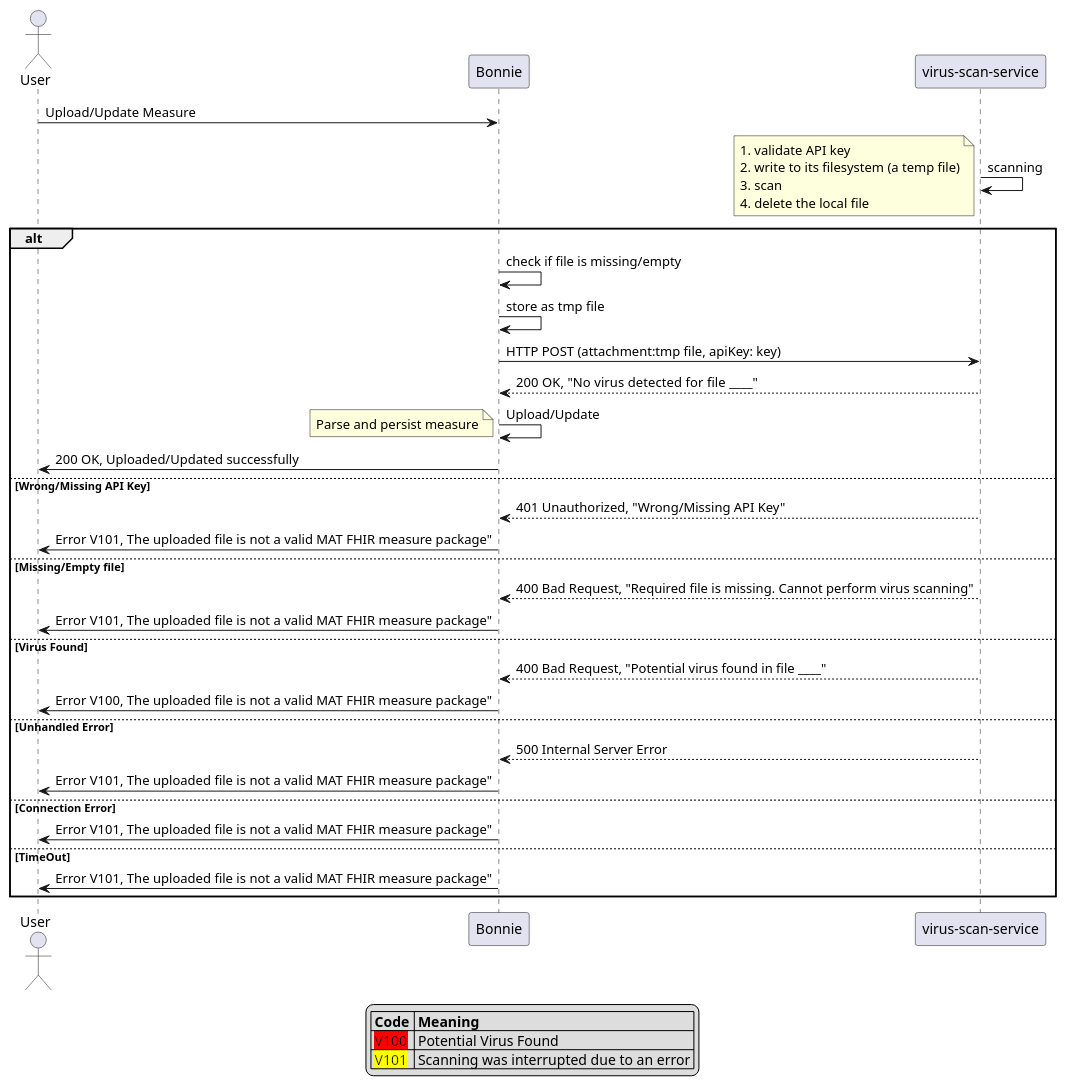
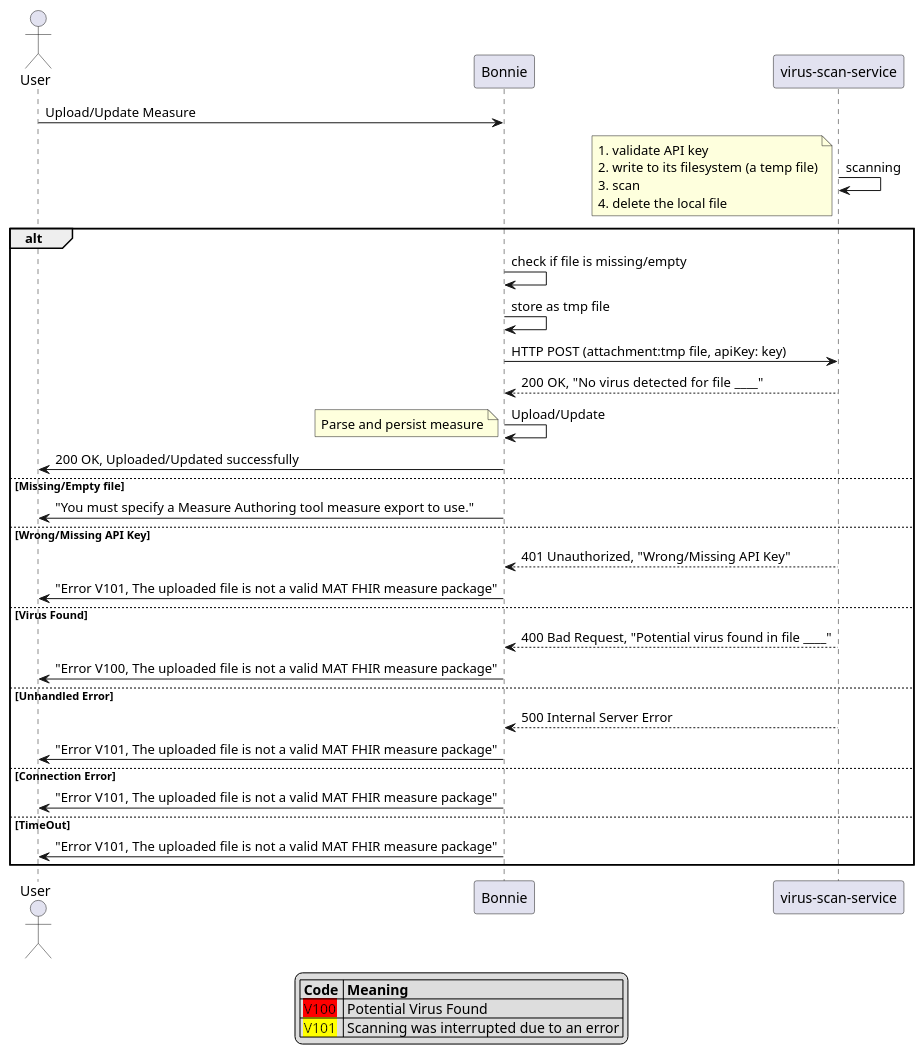
One commit to MeasureAuthoringTool/bonnie changed the diagram in doc/virus_scanning_sequence.puml. Above: the diagram before and after it, drawn with PlantUML. The commit also changed 2 other files, not shown here.

Commit message:
MAT-2281 Correct an error message on the seq diagram, disable scanning

```diff
--- a/doc/virus_scanning_sequence.puml
+++ b/doc/virus_scanning_sequence.puml
@@ -1,54 +1,53 @@
 @startuml
 actor User
 
 User -> Bonnie: Upload/Update Measure
 
 "virus-scan-service" -> "virus-scan-service": scanning
 note left
     1. validate API key
     2. write to its filesystem (a temp file)
     3. scan
     4. delete the local file
 end note
 alt
 Bonnie -> Bonnie: check if file is missing/empty
 Bonnie -> Bonnie: store as tmp file
 Bonnie -> "virus-scan-service": HTTP POST (attachment:tmp file, apiKey: key)
 "virus-scan-service" --> Bonnie: 200 OK,  "No virus detected for file ____"
 Bonnie -> Bonnie: Upload/Update
 note left
     Parse and persist measure
 end note
 Bonnie -> User: 200 OK, Uploaded/Updated successfully
 
+else Missing/Empty file
+Bonnie -> User: "You must specify a Measure Authoring tool measure export to use."
+
 else Wrong/Missing API Key
 "virus-scan-service" --> Bonnie: 401 Unauthorized, "Wrong/Missing API Key"
-Bonnie -> User: Error V101, The uploaded file is not a valid MAT FHIR measure package"
-
-else Missing/Empty file
-"virus-scan-service" --> Bonnie: 400 Bad Request, "Required file is missing. Cannot perform virus scanning"
-Bonnie -> User: Error V101, The uploaded file is not a valid MAT FHIR measure package"
+Bonnie -> User: "Error V101, The uploaded file is not a valid MAT FHIR measure package"
 
 else Virus Found
 "virus-scan-service" --> Bonnie: 400 Bad Request, "Potential virus found in file ____"
-Bonnie -> User: Error V100, The uploaded file is not a valid MAT FHIR measure package"
+Bonnie -> User: "Error V100, The uploaded file is not a valid MAT FHIR measure package"
 
 else Unhandled Error
 "virus-scan-service" --> Bonnie: 500 Internal Server Error
-Bonnie -> User: Error V101, The uploaded file is not a valid MAT FHIR measure package"
+Bonnie -> User: "Error V101, The uploaded file is not a valid MAT FHIR measure package"
 
 else Connection Error
-Bonnie -> User: Error V101, The uploaded file is not a valid MAT FHIR measure package"
+Bonnie -> User: "Error V101, The uploaded file is not a valid MAT FHIR measure package"
 
 else TimeOut
-Bonnie -> User: Error V101, The uploaded file is not a valid MAT FHIR measure package"
+Bonnie -> User: "Error V101, The uploaded file is not a valid MAT FHIR measure package"
 
 end
 
 legend
  |= Code |= Meaning |
  |<back:#red> V100  </back>| Potential Virus Found |
  |<back:#yellow> V101  </back>| Scanning was interrupted due to an error |
 endlegend
 
 @enduml
```
